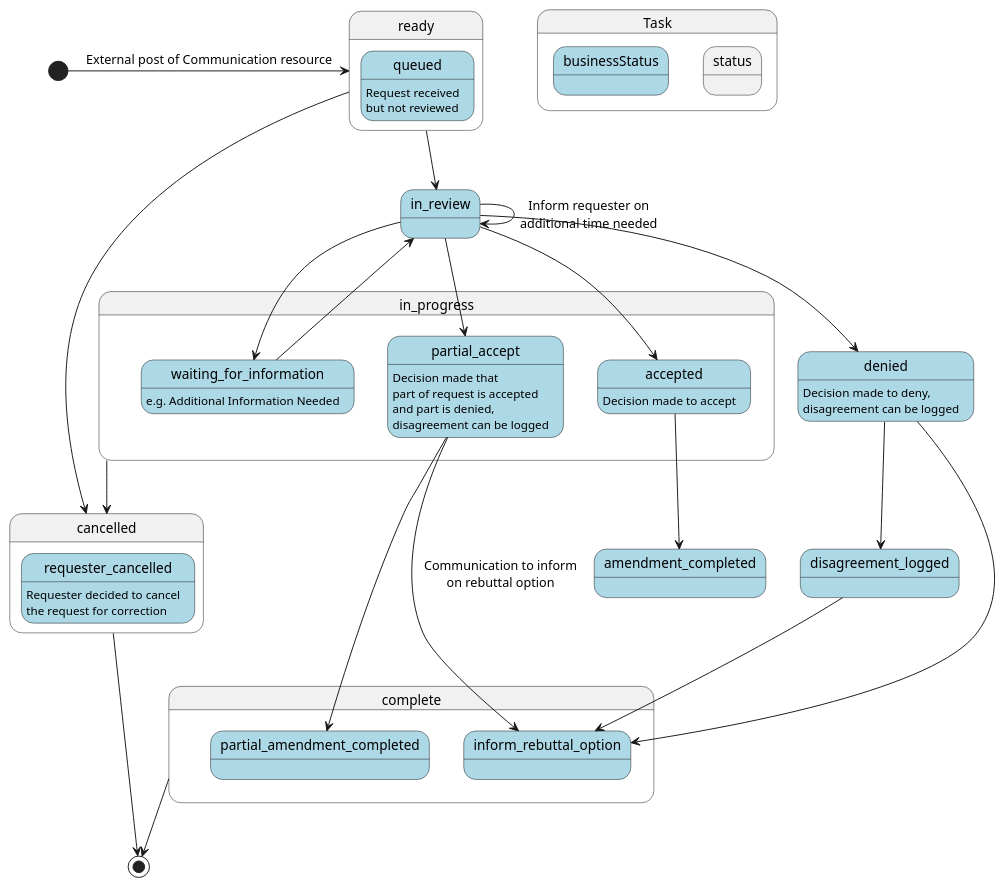
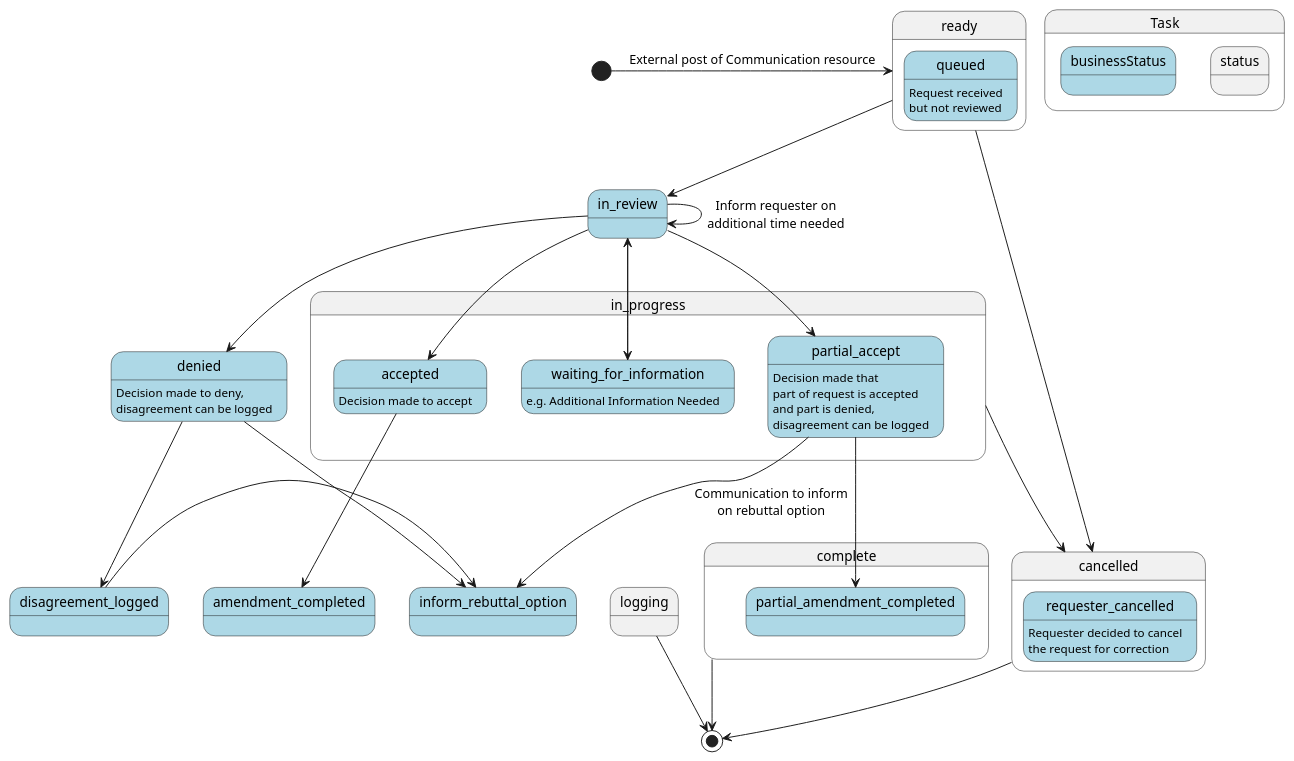
The diagram in input/images-source/state-diagram.plantuml (HL7/fhir-patient-correction), drawn with PlantUML before and after one commit.

Commit message:
update diagram

```diff
--- a/input/images-source/state-diagram.plantuml
+++ b/input/images-source/state-diagram.plantuml
@@ -1,66 +1,73 @@
 @startuml
 skinparam svgDimensionStyle false
 hide empty description 
 [*] -> ready : External post of Communication resource
 state ready {
   state queued #lightblue {
   }
 }
 ready --> in_review
 queued : Request received\nbut not reviewed
 
 state in_progress {
   state in_review #lightblue{
   }
   state waiting_for_information #lightblue{
   }
   state accepted #lightblue{
   }
   state partial_accept #lightblue{
   }
 }
 in_review --> waiting_for_information
 in_review --> accepted
 in_review --> partial_accept
 in_review --> in_review: Inform requester on\nadditional time needed
 waiting_for_information --> in_review
 in_review --> denied
 accepted --> amendment_completed
 denied -down-> disagreement_logged
 waiting_for_information : e.g. Additional Information Needed
 accepted : Decision made to accept
 partial_accept : Decision made that\npart of request is accepted\nand part is denied,\ndisagreement can be logged
 denied : Decision made to deny,\ndisagreement can be logged
 
 state cancelled {
   state requester_cancelled #lightblue {
   }
 }
 cancelled --> [*]
 ready --> cancelled
 in_progress --> cancelled
 requester_cancelled : Requester decided to cancel\nthe request for correction
 
 state complete {
  state amendment_completed #lightblue{
  }
- state disagreement_logged #lightblue{
- }
+ 
  state denied #lightblue{
  }
- state inform_rebuttal_option #lightblue{
- }
+ 
  state partial_amendment_completed #lightblue{
   }
 }
 partial_accept --> partial_amendment_completed
-disagreement_logged --> inform_rebuttal_option
 denied -down-> inform_rebuttal_option
 partial_accept --> inform_rebuttal_option: Communication to inform\non rebuttal option
 complete --> [*]
+logging --> [*]
+
+state logging {
+  state disagreement_logged #lightblue{
+ }
+  state inform_rebuttal_option #lightblue{
+ }
+}
+disagreement_logged -right-> inform_rebuttal_option
+
 
 state Task.status{
 }
 state Task.businessStatus #lightblue {
 }
 @enduml
```
